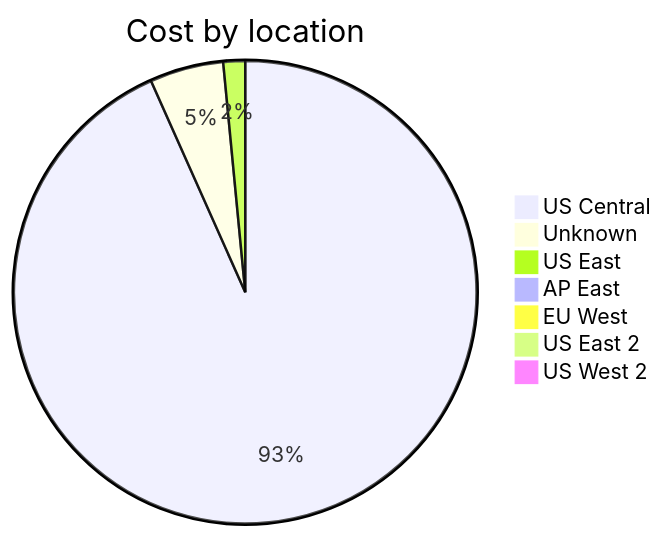
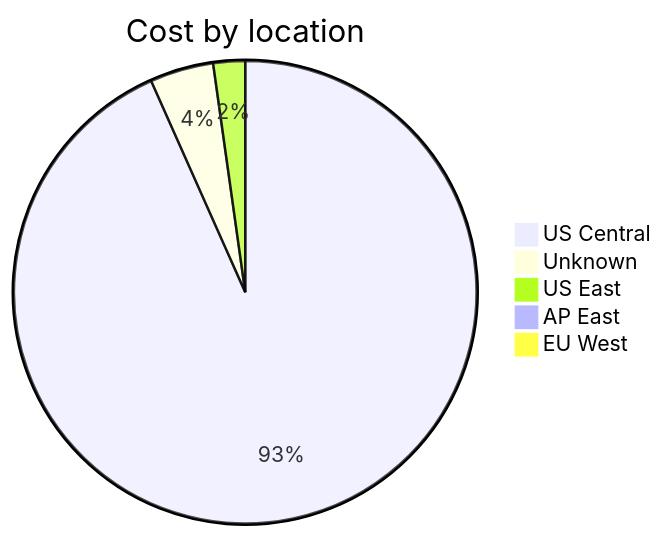
Before and after one commit to jpfulton/azure-personal-reports: the third of 4 diagrams in cost-reports/accumulated-cost.md, drawn with Mermaid. The commit also changed other lines of this file and 4 other files, not shown here.

````diff
--- a/cost-reports/accumulated-cost.md
+++ b/cost-reports/accumulated-cost.md
@@ -123,11 +117,9 @@
 ```mermaid
 pie
    title Cost by location
-   "US Central" : 17.76
-   "Unknown" : 0.98
-   "US East" : 0.29
+   "US Central" : 0.42
+   "Unknown" : 0.02
+   "US East" : 0.01
    "AP East" : 0.00
    "EU West" : 0.00
-   "US East 2" : 0.00
-   "US West 2" : 0.00
 ```
````
